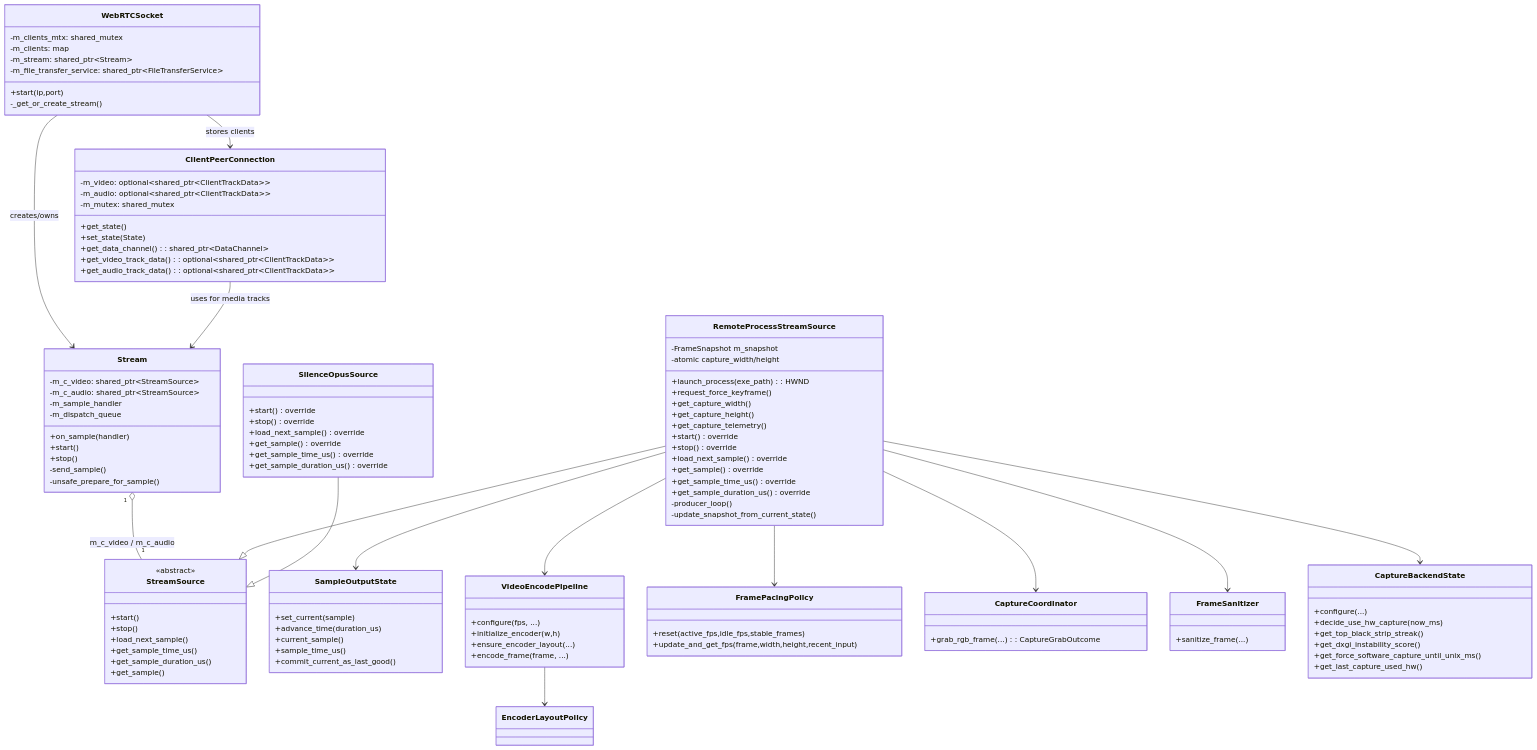
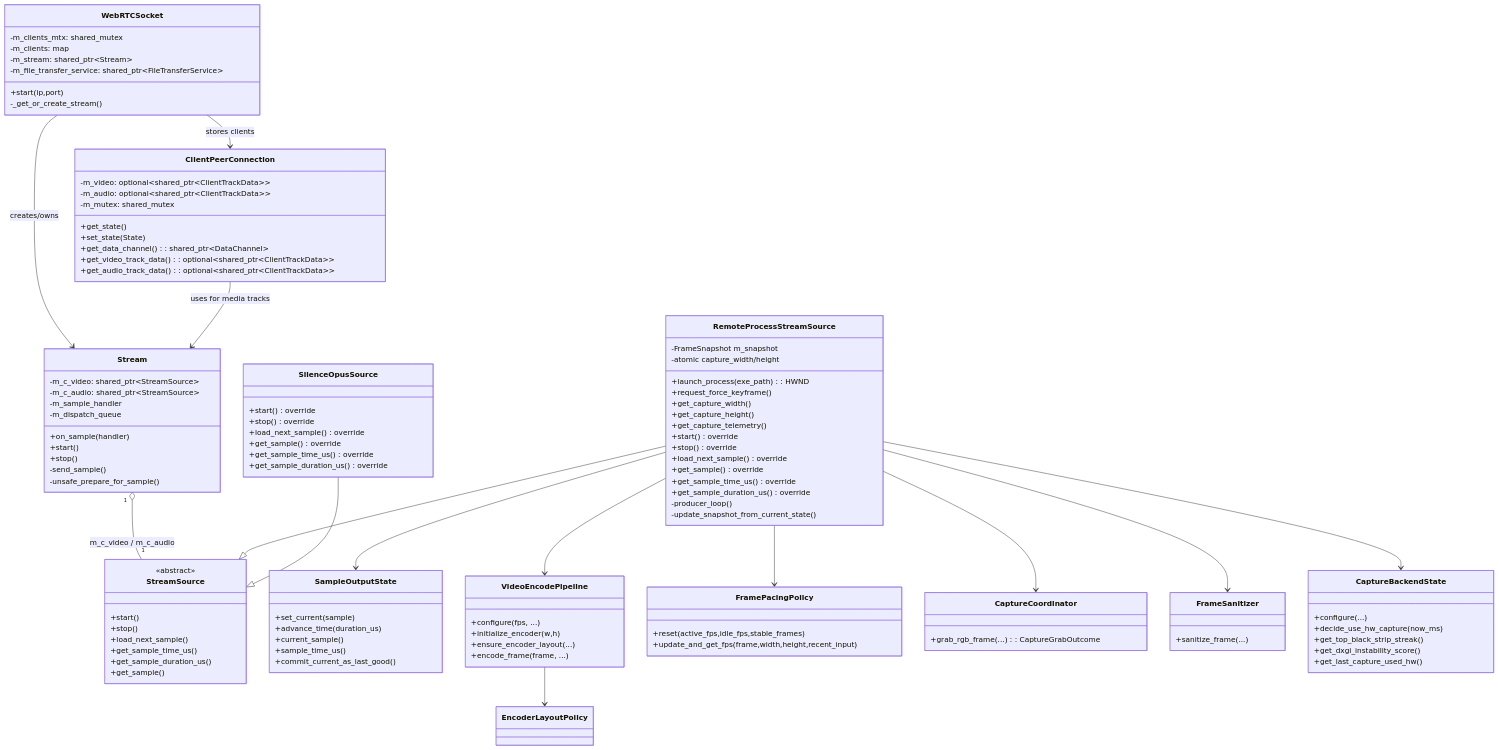
The diagram in docs/rpc_remote_client_class_uml.mmd (wangfei1008/remote_process_control), drawn with Mermaid before and after one commit. The commit also changed 8 other files, not shown here.

```diff
--- a/docs/rpc_remote_client_class_uml.mmd
+++ b/docs/rpc_remote_client_class_uml.mmd
@@ -102,7 +102,6 @@
     +decide_use_hw_capture(now_ms)
     +get_top_black_strip_streak()
     +get_dxgi_instability_score()
-    +get_force_software_capture_until_unix_ms()
     +get_last_capture_used_hw()
   }
 
```
